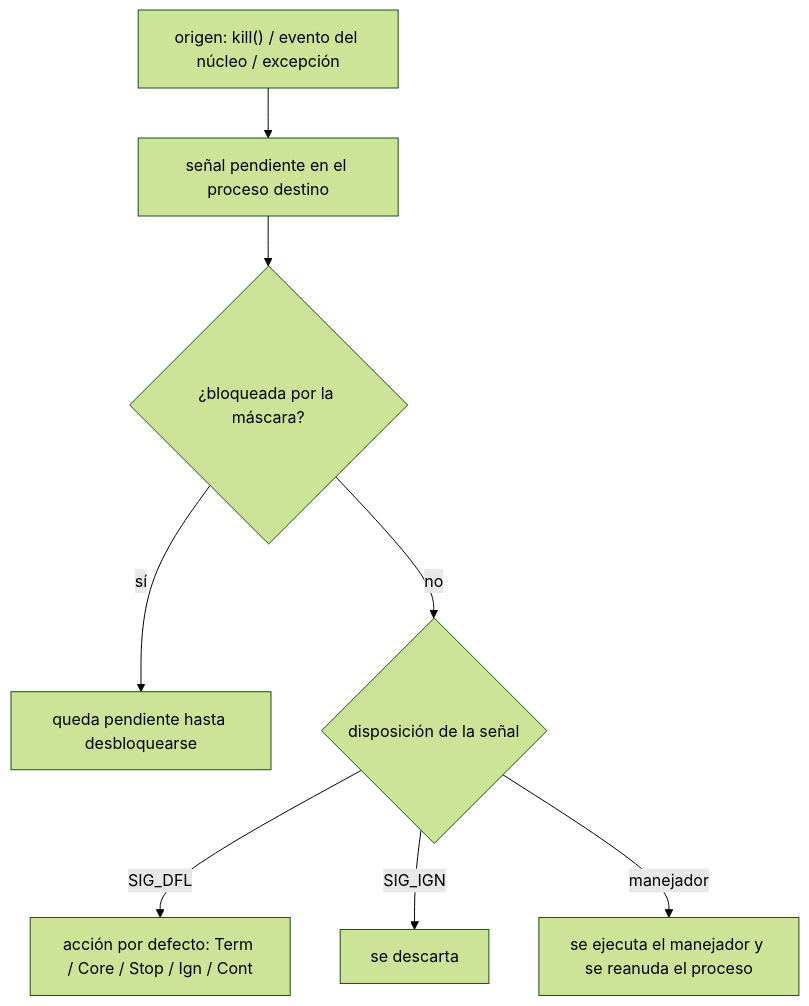
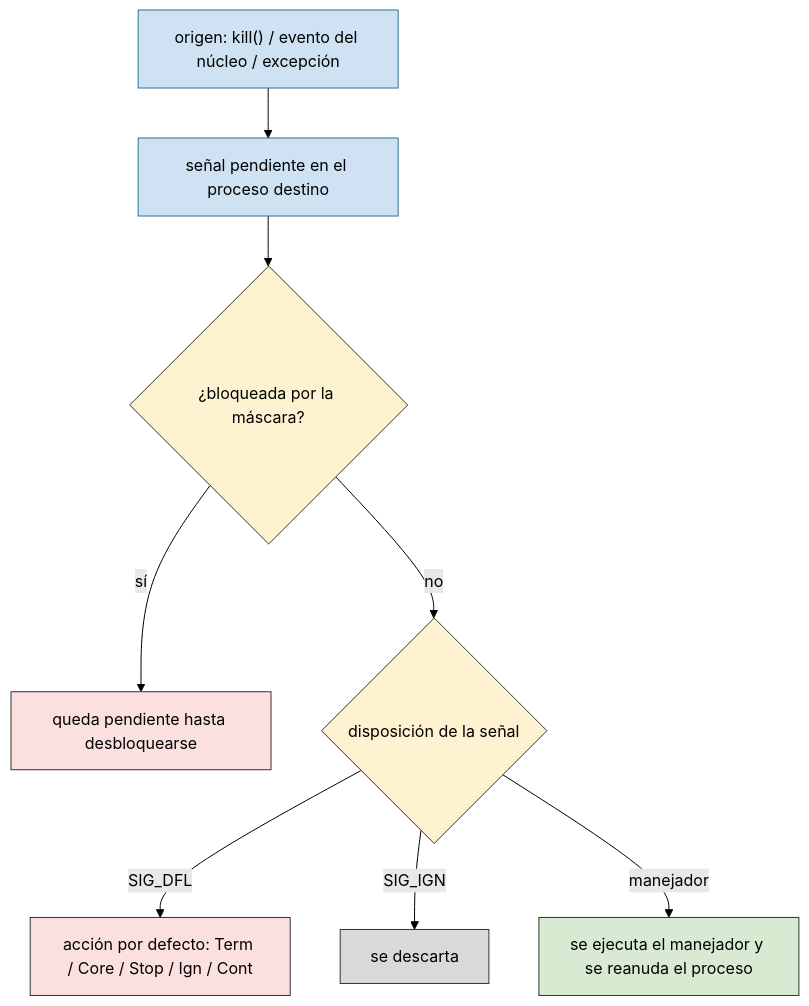
The first of 5 diagrams in TEORIA/08-ipc-senales/README.md (asiermarzo/ssoo), drawn with Mermaid (forest theme) before and after one commit. The commit also changed other lines of this file and 25 other files, not shown here.

Commit message:
refinado de diagramas mermaid y svg

````diff
--- a/TEORIA/08-ipc-senales/README.md
+++ b/TEORIA/08-ipc-senales/README.md
@@ -16,10 +16,21 @@
 ```mermaid
 flowchart TD
     SRC["origen: kill() / evento del núcleo / excepción"] --> PEND["señal pendiente en el proceso destino"]
     PEND --> M{"¿bloqueada por la máscara?"}
     M -->|sí| WAIT["queda pendiente hasta desbloquearse"]
     M -->|no| DISP{"disposición de la señal"}
     DISP -->|SIG_DFL| DEF["acción por defecto: Term / Core / Stop / Ign / Cont"]
     DISP -->|SIG_IGN| IGN["se descarta"]
     DISP -->|manejador| H["se ejecuta el manejador y se reanuda el proceso"]
+
+    classDef origen fill:#cfe2f3,stroke:#2b6f99,color:#000;
+    classDef decision fill:#fdf3d0,stroke:#333,color:#000;
+    classDef bloqueada fill:#fbe0e0,stroke:#333,color:#000;
+    classDef ok fill:#d9ead3,stroke:#333,color:#000;
+    classDef neutro fill:#d9d9d9,stroke:#333,color:#000;
+    class SRC,PEND origen;
+    class M,DISP decision;
+    class WAIT,DEF bloqueada;
+    class H ok;
+    class IGN neutro;
 ```
````
